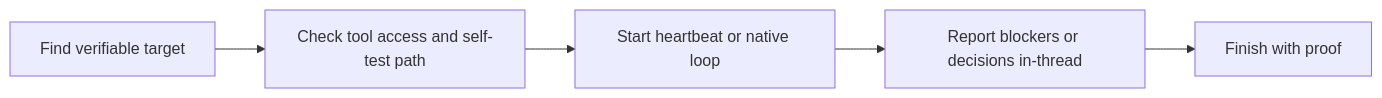
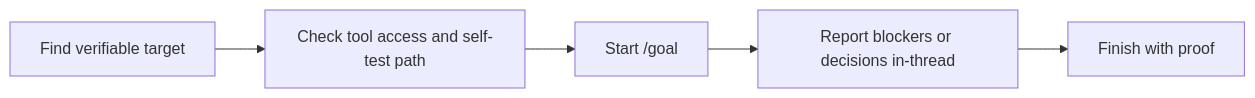
Before and after one commit to minghinmatthewlam/agent-guards: the first of 2 diagrams in skills/use-loop/SKILL.md, drawn with Mermaid. The commit also changed other lines of this file, not shown here.

First line of the commit message:
Unify use-loop on /goal across harnesses

````diff
--- a/skills/use-loop/SKILL.md
+++ b/skills/use-loop/SKILL.md
@@ -46,7 +46,7 @@
 ```mermaid
 flowchart LR
     A["Find verifiable target"] --> B["Check tool access and self-test path"]
-    B --> C["Start heartbeat or native loop"]
+    B --> C["Start /goal"]
     C --> D["Report blockers or decisions in-thread"]
     D --> E["Finish with proof"]
 ```
````
